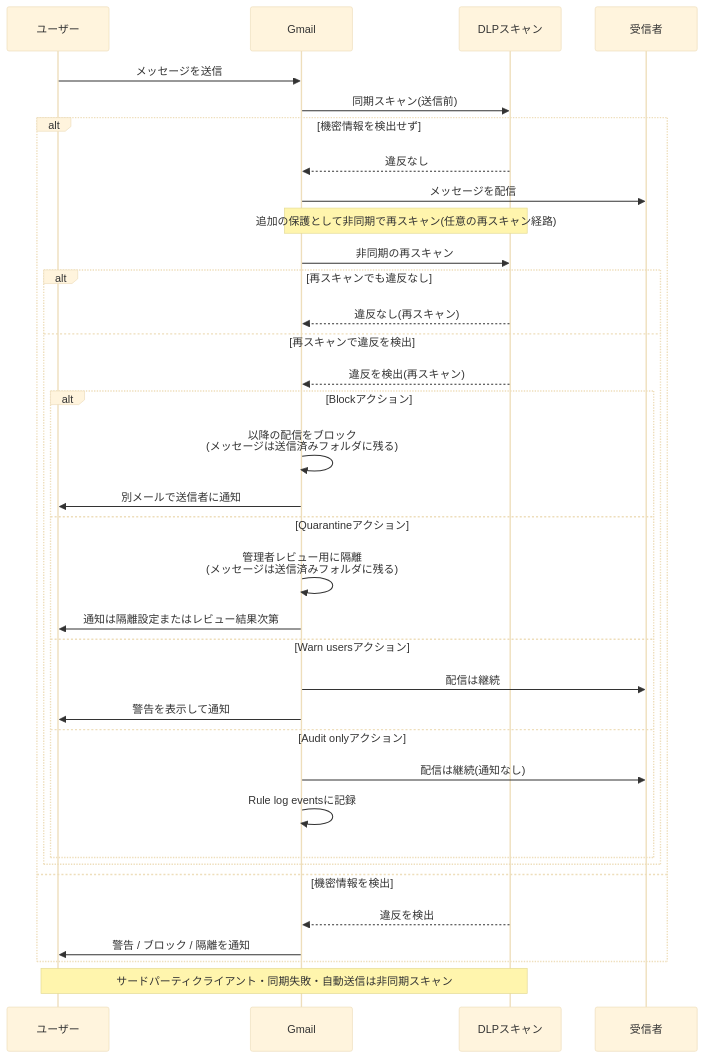
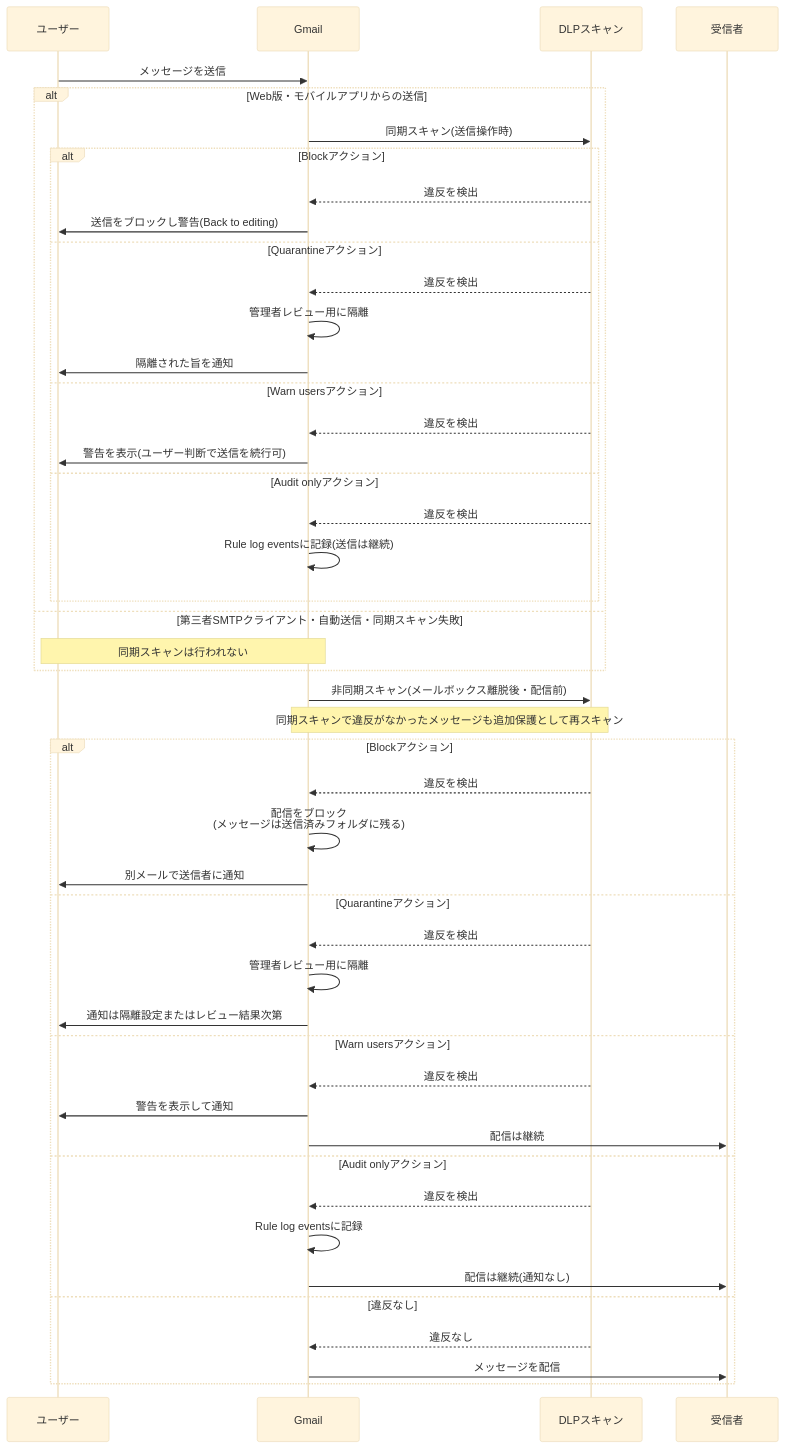
The sixth of 10 diagrams in archive/Gcl/Associate-Google-Workspace-Administrator/md/Agwa-section3-data-governance.md (myoshi2891/Cloud-Infrastructure-Studies), drawn with Mermaid (base theme) before and after one commit. The commit also changed other lines of this file and 4 other files, not shown here.

````diff
--- a/archive/Gcl/Associate-Google-Workspace-Administrator/md/Agwa-section3-data-governance.md
+++ b/archive/Gcl/Associate-Google-Workspace-Administrator/md/Agwa-section3-data-governance.md
@@ -326,37 +326,49 @@
 ```mermaid
 sequenceDiagram
     participant U as ユーザー
     participant G as Gmail
     participant D as DLPスキャン
     participant R as 受信者
     U->>G: メッセージを送信
-    G->>D: 同期スキャン(送信前)
-    alt 機密情報を検出せず
+    alt Web版・モバイルアプリからの送信
+        G->>D: 同期スキャン(送信操作時)
+        alt Blockアクション
+            D-->>G: 違反を検出
+            G->>U: 送信をブロックし警告(Back to editing)
+        else Quarantineアクション
+            D-->>G: 違反を検出
+            G->>G: 管理者レビュー用に隔離
+            G->>U: 隔離された旨を通知
+        else Warn usersアクション
+            D-->>G: 違反を検出
+            G->>U: 警告を表示(ユーザー判断で送信を続行可)
+        else Audit onlyアクション
+            D-->>G: 違反を検出
+            G->>G: Rule log eventsに記録(送信は継続)
+        end
+    else 第三者SMTPクライアント・自動送信・同期スキャン失敗
+        Note over U,G: 同期スキャンは行われない
+    end
+    G->>D: 非同期スキャン(メールボックス離脱後・配信前)
+    Note over G,D: 同期スキャンで違反がなかったメッセージも追加保護として再スキャン
+    alt Blockアクション
+        D-->>G: 違反を検出
+        G->>G: 配信をブロック<br/>(メッセージは送信済みフォルダに残る)
+        G->>U: 別メールで送信者に通知
+    else Quarantineアクション
+        D-->>G: 違反を検出
+        G->>G: 管理者レビュー用に隔離
+        G->>U: 通知は隔離設定またはレビュー結果次第
+    else Warn usersアクション
+        D-->>G: 違反を検出
+        G->>U: 警告を表示して通知
+        G->>R: 配信は継続
+    else Audit onlyアクション
+        D-->>G: 違反を検出
+        G->>G: Rule log eventsに記録
+        G->>R: 配信は継続(通知なし)
+    else 違反なし
         D-->>G: 違反なし
         G->>R: メッセージを配信
-        Note over G,D: 追加の保護として非同期で再スキャン(任意の再スキャン経路)
-        G->>D: 非同期の再スキャン
-        alt 再スキャンでも違反なし
-            D-->>G: 違反なし(再スキャン)
-        else 再スキャンで違反を検出
-            D-->>G: 違反を検出(再スキャン)
-            alt Blockアクション
-                G->>G: 以降の配信をブロック<br/>(メッセージは送信済みフォルダに残る)
-                G->>U: 別メールで送信者に通知
-            else Quarantineアクション
-                G->>G: 管理者レビュー用に隔離<br/>(メッセージは送信済みフォルダに残る)
-                G->>U: 通知は隔離設定またはレビュー結果次第
-            else Warn usersアクション
-                G->>R: 配信は継続
-                G->>U: 警告を表示して通知
-            else Audit onlyアクション
-                G->>R: 配信は継続(通知なし)
-                G->>G: Rule log eventsに記録
-            end
-        end
-    else 機密情報を検出
-        D-->>G: 違反を検出
-        G->>U: 警告 / ブロック / 隔離を通知
     end
-    Note over U,D: サードパーティクライアント・同期失敗・自動送信は非同期スキャン
 ```
````
